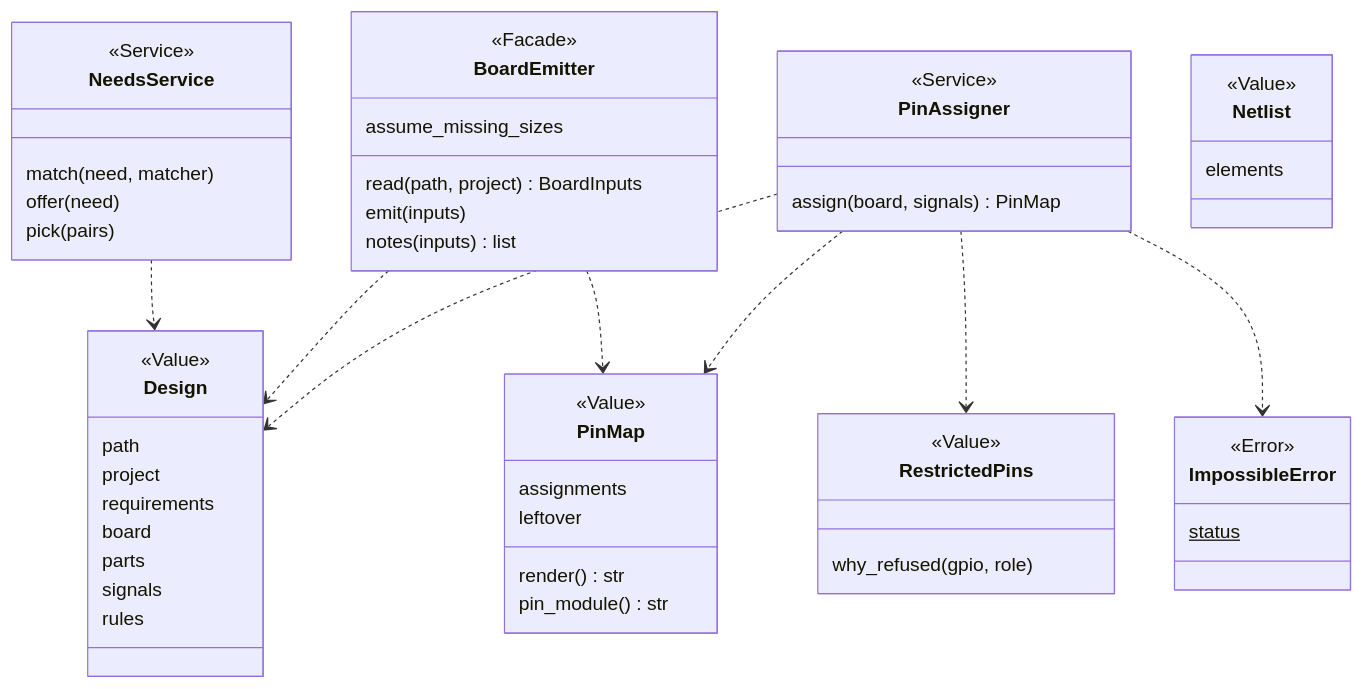
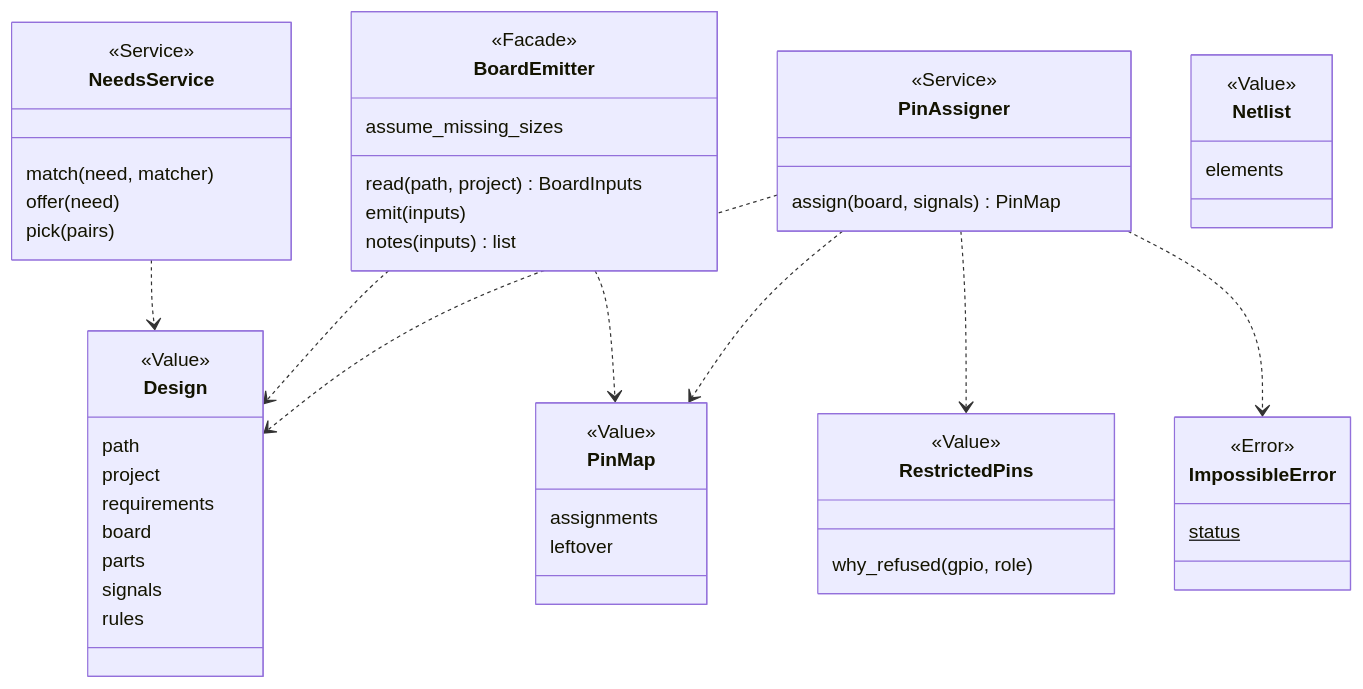
The first of 2 diagrams in docs/discovery/2026-10-19-p323-target-architecture/architecture/areas/design.md (xmejkal/spark), drawn with Mermaid before and after one commit. The commit also changed other lines of this file, not shown here.

First line of the commit message:
P783: the target architecture's PinMap holds the map, not its renderers

````diff
--- a/docs/discovery/2026-10-19-p323-target-architecture/architecture/areas/design.md
+++ b/docs/discovery/2026-10-19-p323-target-architecture/architecture/areas/design.md
@@ -73,56 +73,54 @@
 ```mermaid
 classDiagram
   class Design {
     <<Value>>
     path
     project
     requirements
     board
     parts
     signals
     rules
   }
   class RestrictedPins {
     <<Value>>
     why_refused(gpio, role)
   }
   class PinAssigner {
     <<Service>>
     assign(board, signals) PinMap
   }
   class PinMap {
     <<Value>>
     assignments
     leftover
-    render() str
-    pin_module() str
   }
   class BoardEmitter {
     <<Facade>>
     assume_missing_sizes
     read(path, project) BoardInputs
     emit(inputs)
     notes(inputs) list
   }
   class NeedsService {
     <<Service>>
     match(need, matcher)
     offer(need)
     pick(pairs)
   }
   class Netlist {
     <<Value>>
     elements
   }
   class ImpossibleError {
     <<Error>>
     status$
   }
   PinAssigner ..> Design
   PinAssigner ..> RestrictedPins
   PinAssigner ..> PinMap
   PinAssigner ..> ImpossibleError
   BoardEmitter ..> Design
   BoardEmitter ..> PinMap
   NeedsService ..> Design
 ```
````
